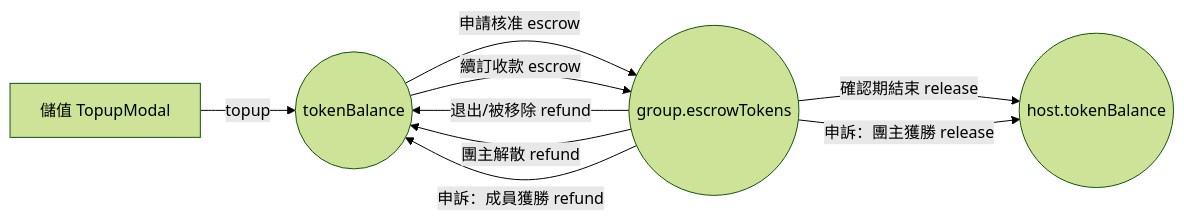
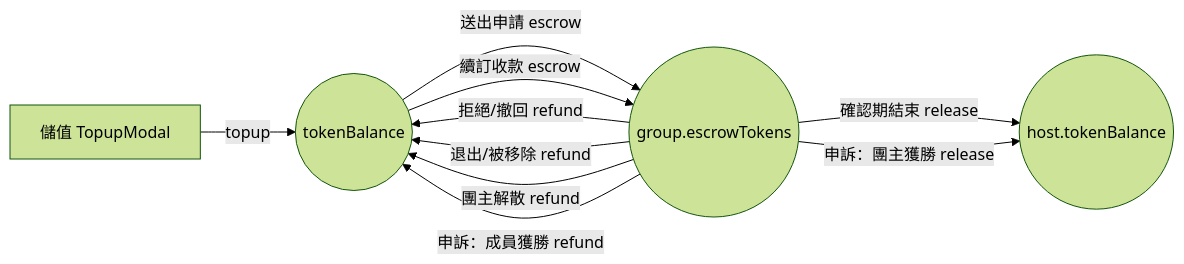
One commit to s1092055/PartyMatch changed the first of 2 diagrams in docs/flows/payment-token-flow.md. Above: the diagram before and after it, drawn with Mermaid (forest theme). The commit also changed other lines of this file and 20 other files, not shown here.

````diff
--- a/docs/flows/payment-token-flow.md
+++ b/docs/flows/payment-token-flow.md
@@ -8,11 +8,12 @@
 ```mermaid
 flowchart LR
     A[儲值 TopupModal] -->|topup| B(("tokenBalance"))
-    B -->|申請核准 escrow| C(("group.escrowTokens"))
+    B -->|送出申請 escrow| C(("group.escrowTokens"))
+    C -->|拒絕/撤回 refund| B
     C -->|確認期結束 release| D(("host.tokenBalance"))
     C -->|退出/被移除 refund| B
     C -->|團主解散 refund| B
     C -->|申訴：成員獲勝 refund| B
     C -->|申訴：團主獲勝 release| D
     B -->|續訂收款 escrow| C
 ```
````
